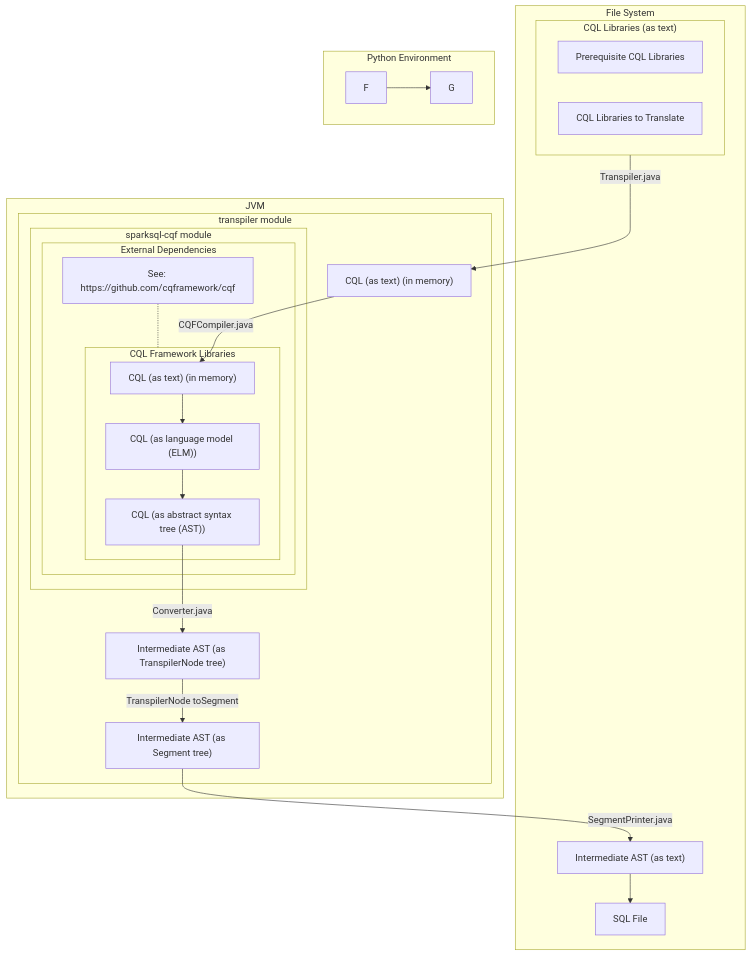
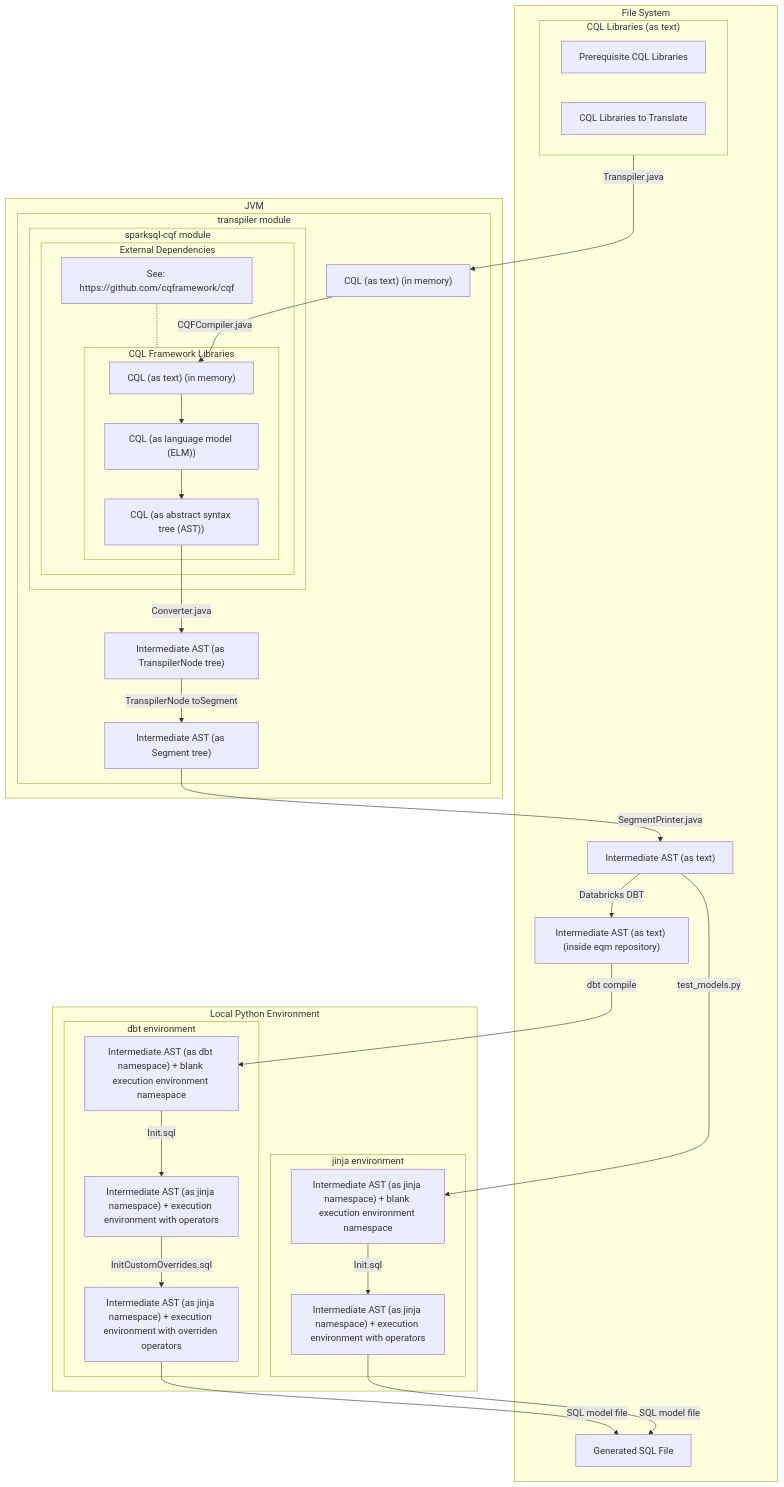
The second of 2 diagrams in DIAGRAMS.md (department-of-veterans-affairs/cql-transpiler), drawn with Mermaid before and after one commit. The commit also changed other lines of this file, not shown here.

Commit message:
updated diagrams

````diff
--- a/DIAGRAMS.md
+++ b/DIAGRAMS.md
@@ -16,39 +16,55 @@
 ```mermaid
 flowchart TB
     subgraph fs [File System]
         subgraph cql["CQL Libraries (as text)"]
             PrereqCQL["Prerequisite CQL Libraries"]
             CQLToTranslate["CQL Libraries to Translate"]
         end
         JinjaText["Intermediate AST (as text)"]
-        SQL["SQL File"]
-        JinjaText --> SQL
+        cqlInEQM["Intermediate AST (as text) (inside eqm repository)"]
+        JinjaText-->|"Databricks DBT"|cqlInEQM
+        SQL["Generated SQL File"]
     end
     subgraph jvm [JVM]
         subgraph transpiler ["transpiler module"]
             subgraph sparksqlcqf ["sparksql-cqf module"]
                 subgraph externalDependencies["External Dependencies"]
                     subgraph cqlFramework["CQL Framework Libraries"]
                         libraryWorkA["CQL (as text) (in memory)"]
                         libraryWorkB["CQL (as language model (ELM))"]
                         libraryWorkC["CQL (as abstract syntax tree (AST))"]
                         libraryWorkA --> libraryWorkB --> libraryWorkC
                     end
                     reference["See: https://github.com/cqframework/cqf"]
                     reference .- cqlFramework
                 end
             end
             CQLAsTextTranspiler["CQL (as text) (in memory)"]
             CQLAsTextTranspiler -->|"CQFCompiler.java"| libraryWorkA
             IntermediateASTNodes["Intermediate AST (as TranspilerNode tree)"]
             libraryWorkC -->|"Converter.java"| IntermediateASTNodes
             IntermediateASTSegments["Intermediate AST (as Segment tree)"]
             IntermediateASTNodes -->|"TranspilerNode toSegment"| IntermediateASTSegments
             IntermediateASTSegments -->|"SegmentPrinter.java"| JinjaText
         end
     end
     cql -->|"Transpiler.java"| CQLAsTextTranspiler
-    subgraph python [Python Environment]
-    F --> G
+    subgraph python["Local Python Environment"]
+        subgraph jinja["jinja environment"]
+            IntermediateASTAsNamespaceWithBlank["Intermediate AST (as jinja namespace) + blank execution environment namespace"]
+            IntermediateASTAsNamespaceWithOperators["Intermediate AST (as jinja namespace) + execution environment with operators"]
+            IntermediateASTAsNamespaceWithBlank -->|"Init.sql"|IntermediateASTAsNamespaceWithOperators
+            IntermediateASTAsNamespaceWithOperators -->|"SQL model file"| SQL
+        end
+        subgraph dbt["dbt environment"]
+            IntermediateASTAsDBTNamespaceWithBlank["Intermediate AST (as dbt namespace) + blank execution environment namespace"]
+            IntermediateASTAsDBTNamespaceWithOperators["Intermediate AST (as jinja namespace) + execution environment with operators"]
+            IntermediateASTAsDBTNamespaceWithOverridenOperators["Intermediate AST (as jinja namespace) + execution environment with overriden operators"]
+            IntermediateASTAsDBTNamespaceWithBlank -->|"Init.sql"|IntermediateASTAsDBTNamespaceWithOperators
+            IntermediateASTAsDBTNamespaceWithOperators -->|"InitCustomOverrides.sql"|IntermediateASTAsDBTNamespaceWithOverridenOperators
+            IntermediateASTAsDBTNamespaceWithOverridenOperators -->|"SQL model file"| SQL
+        end
+        JinjaText -->|"test_models.py"| IntermediateASTAsNamespaceWithBlank
+        cqlInEQM -->|"dbt compile"| IntermediateASTAsDBTNamespaceWithBlank
     end
 ```
````
